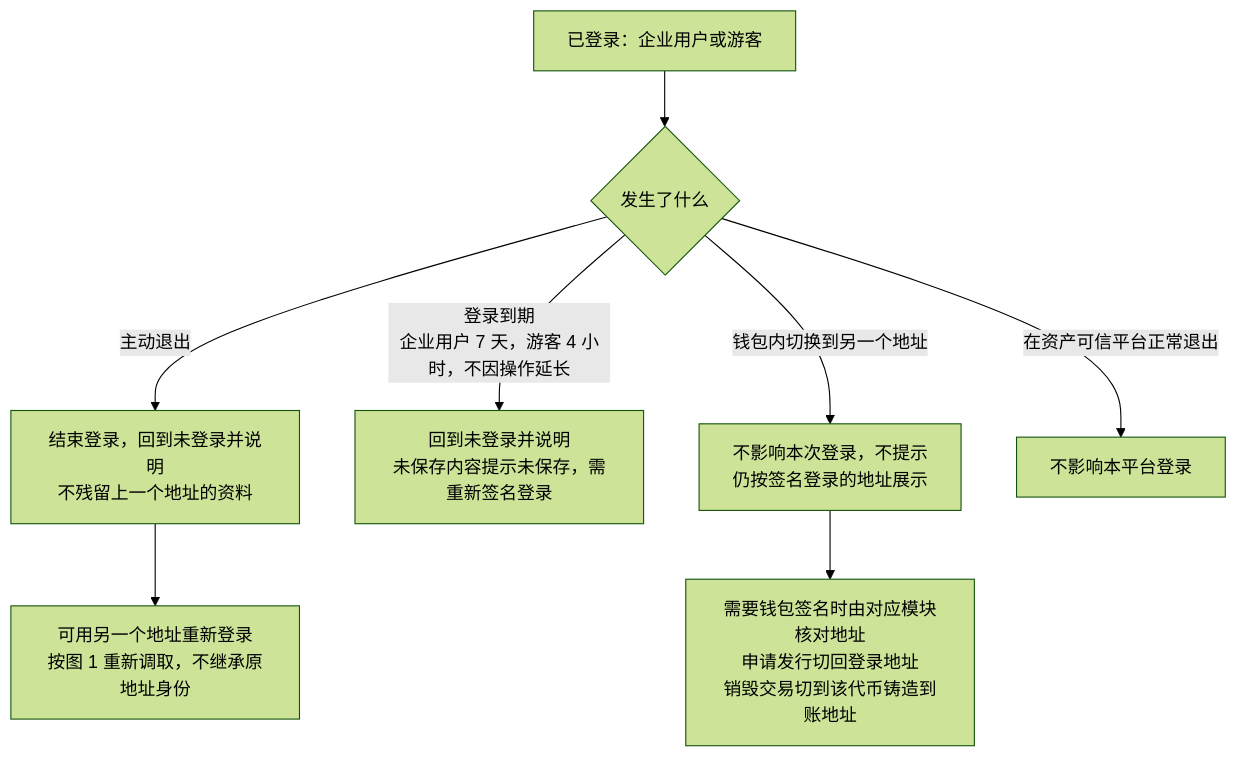
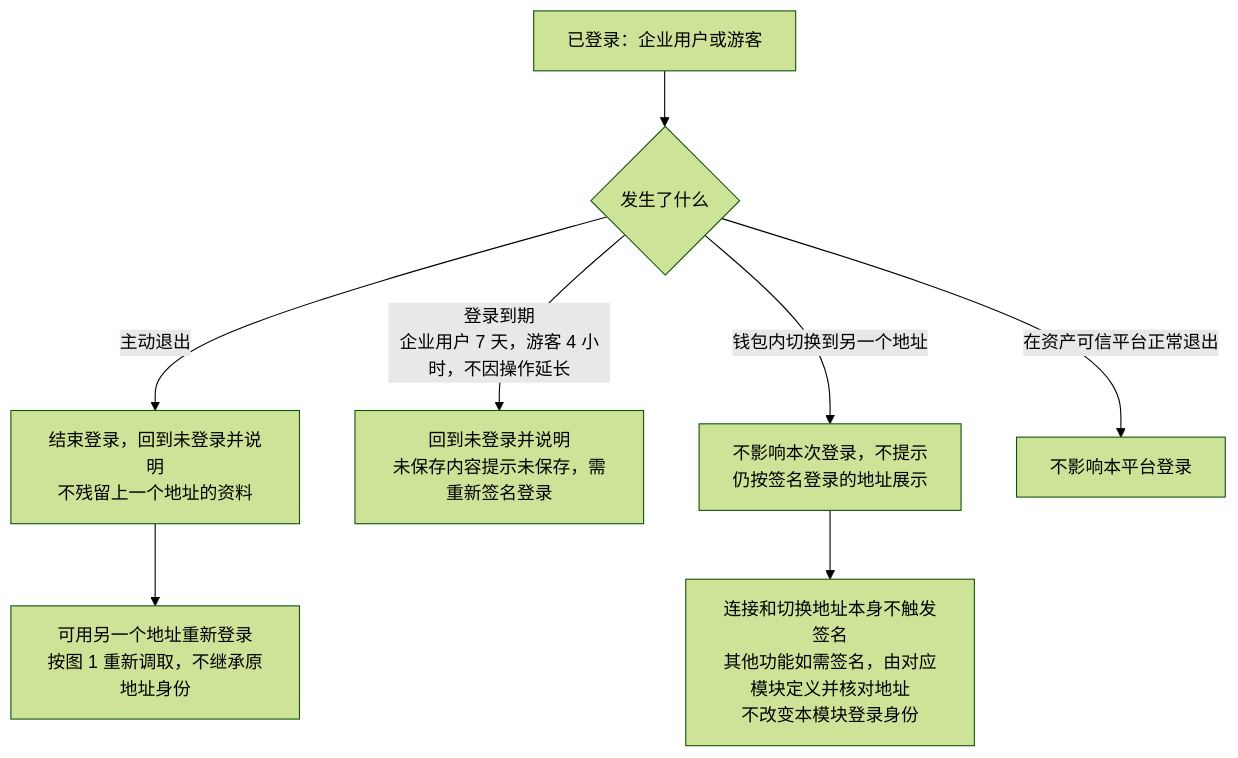
Before and after one commit to wxblockchain/Chain-Financing: the second of 5 diagrams in token-issuance-platform/PRD/面客端/M1-企业登录与企业账户/02-企业登录与企业账户-流程图与状态机.md, drawn with Mermaid (forest theme). The commit also changed other lines of this file and 3 other files, not shown here.

````diff
--- a/token-issuance-platform/PRD/面客端/M1-企业登录与企业账户/02-企业登录与企业账户-流程图与状态机.md
+++ b/token-issuance-platform/PRD/面客端/M1-企业登录与企业账户/02-企业登录与企业账户-流程图与状态机.md
@@ -50,10 +50,10 @@
 ```mermaid
 flowchart TD
     A[已登录：企业用户或游客] --> B{发生了什么}
     B -->|主动退出| C[结束登录，回到未登录并说明<br/>不残留上一个地址的资料]
     C --> C1[可用另一个地址重新登录<br/>按图 1 重新调取，不继承原地址身份]
     B -->|登录到期<br/>企业用户 7 天，游客 4 小时，不因操作延长| D[回到未登录并说明<br/>未保存内容提示未保存，需重新签名登录]
     B -->|钱包内切换到另一个地址| E[不影响本次登录，不提示<br/>仍按签名登录的地址展示]
-    E --> E1[需要钱包签名时由对应模块核对地址<br/>申请发行切回登录地址<br/>销毁交易切到该代币铸造到账地址]
+    E --> E1[连接和切换地址本身不触发签名<br/>其他功能如需签名，由对应模块定义并核对地址<br/>不改变本模块登录身份]
     B -->|在资产可信平台正常退出| J[不影响本平台登录]
 ```
````
